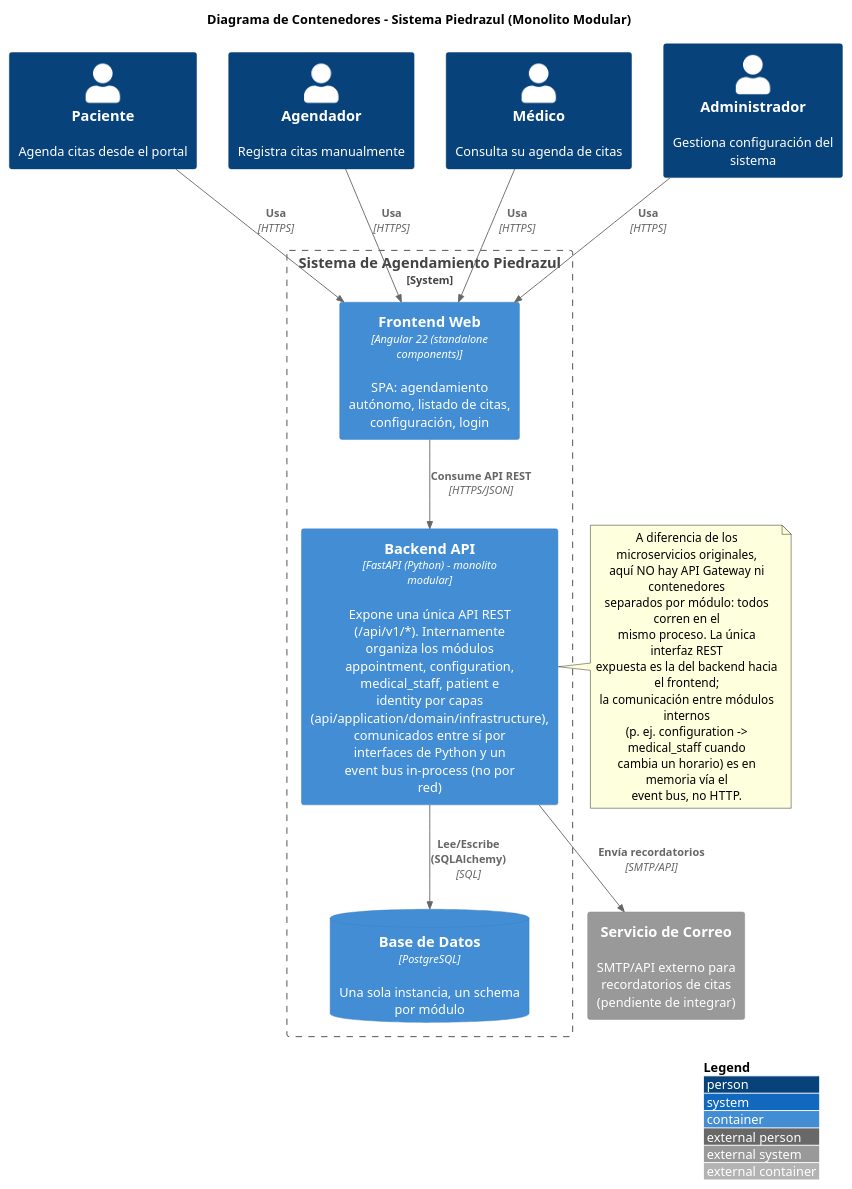
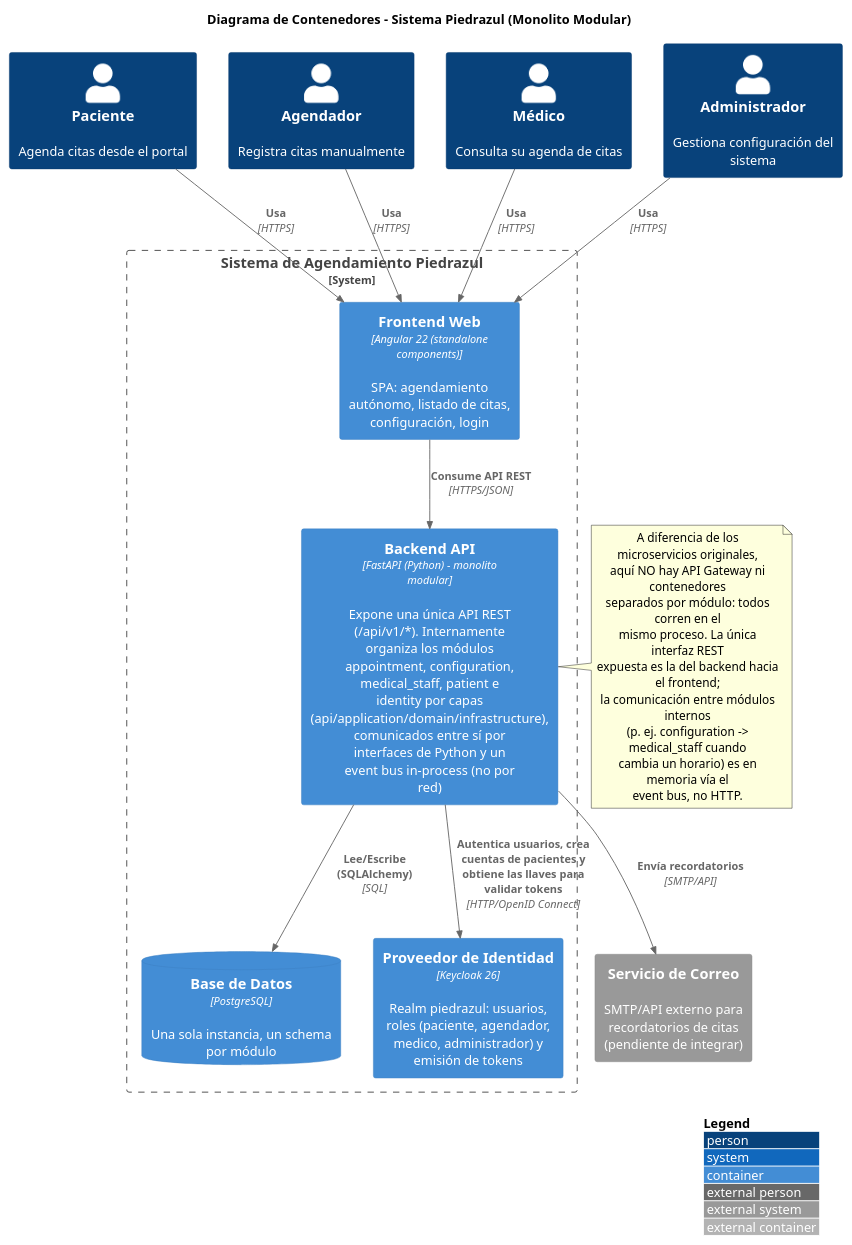
Before and after one commit to SantiagoGutierrez11/piedrazul-monolitic: the diagram in docs/architecture/c4-nivel2-contenedores.puml, drawn with PlantUML. The commit also changed 8 other files, not shown here.

Commit message:
Update architecture diagrams for authentication and scheduling

```diff
--- a/docs/architecture/c4-nivel2-contenedores.puml
+++ b/docs/architecture/c4-nivel2-contenedores.puml
@@ -1,44 +1,47 @@
 @startuml
 !include <C4/C4_Container>
 LAYOUT_WITH_LEGEND()
 title Diagrama de Contenedores - Sistema Piedrazul (Monolito Modular)
 
 Person(paciente, "Paciente", "Agenda citas desde el portal")
 Person(agendador, "Agendador", "Registra citas manualmente")
 Person(medico, "Médico", "Consulta su agenda de citas")
 Person(admin, "Administrador", "Gestiona configuración del sistema")
 
 System_Boundary(piedrazul, "Sistema de Agendamiento Piedrazul") {
 
   Container(frontend, "Frontend Web", "Angular 22 (standalone components)", "SPA: agendamiento autónomo, listado de citas, configuración, login")
 
   Container(backend, "Backend API", "FastAPI (Python) - monolito modular", "Expone una única API REST (/api/v1/*). Internamente organiza los módulos appointment, configuration, medical_staff, patient e identity por capas (api/application/domain/infrastructure), comunicados entre sí por interfaces de Python y un event bus in-process (no por red)")
 
   ContainerDb(db, "Base de Datos", "PostgreSQL", "Una sola instancia, un schema por módulo")
+
+  Container(keycloak, "Proveedor de Identidad", "Keycloak 26", "Realm piedrazul: usuarios, roles (paciente, agendador, medico, administrador) y emisión de tokens")
 }
 
 System_Ext(correo, "Servicio de Correo", "SMTP/API externo para recordatorios de citas (pendiente de integrar)")
 
 Rel(paciente, frontend, "Usa", "HTTPS")
 Rel(agendador, frontend, "Usa", "HTTPS")
 Rel(medico, frontend, "Usa", "HTTPS")
 Rel(admin, frontend, "Usa", "HTTPS")
 
 Rel(frontend, backend, "Consume API REST", "HTTPS/JSON")
 
 Rel(backend, db, "Lee/Escribe (SQLAlchemy)", "SQL")
+Rel(backend, keycloak, "Autentica usuarios, crea cuentas de pacientes y obtiene las llaves para validar tokens", "HTTP/OpenID Connect")
 Rel(backend, correo, "Envía recordatorios", "SMTP/API")
 
 note right of backend
   A diferencia de los microservicios originales,
   aquí NO hay API Gateway ni contenedores
   separados por módulo: todos corren en el
   mismo proceso. La única interfaz REST
   expuesta es la del backend hacia el frontend;
   la comunicación entre módulos internos
   (p. ej. configuration -> medical_staff cuando
   cambia un horario) es en memoria vía el
   event bus, no HTTP.
 end note
 
 @enduml
```
